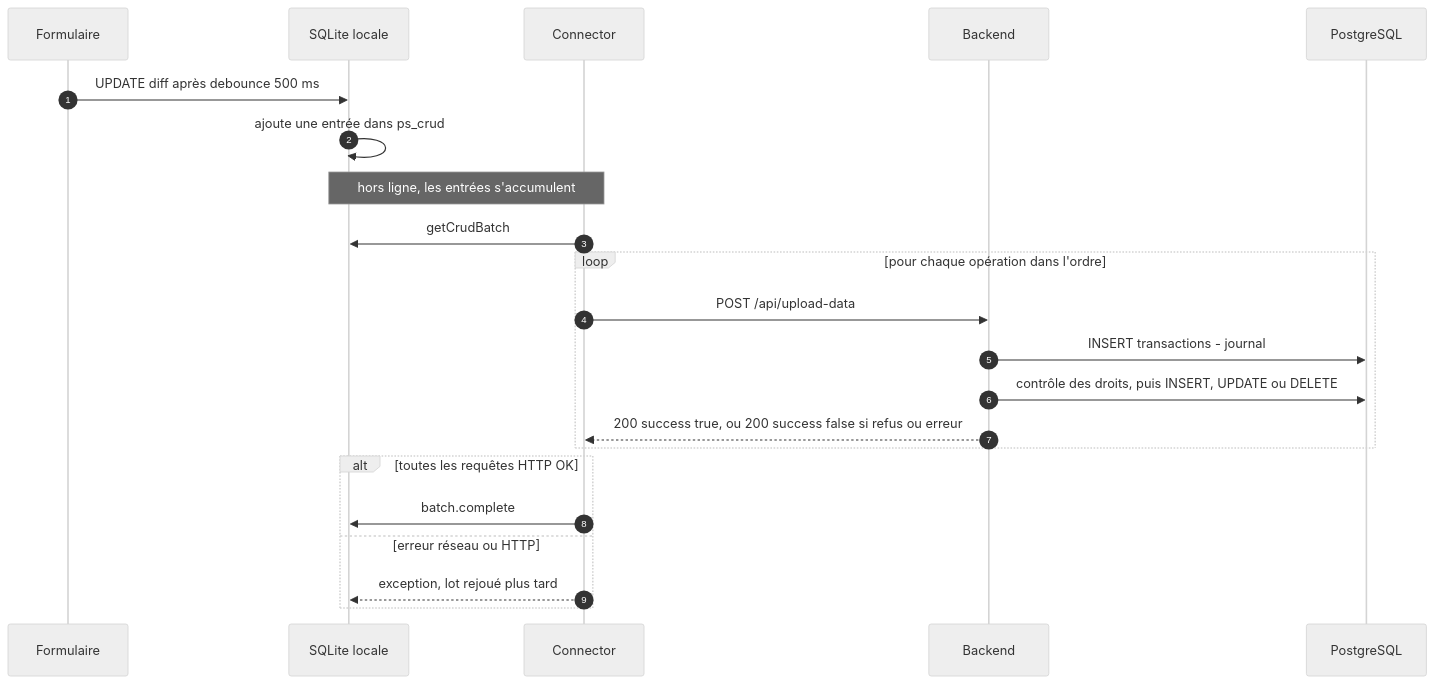
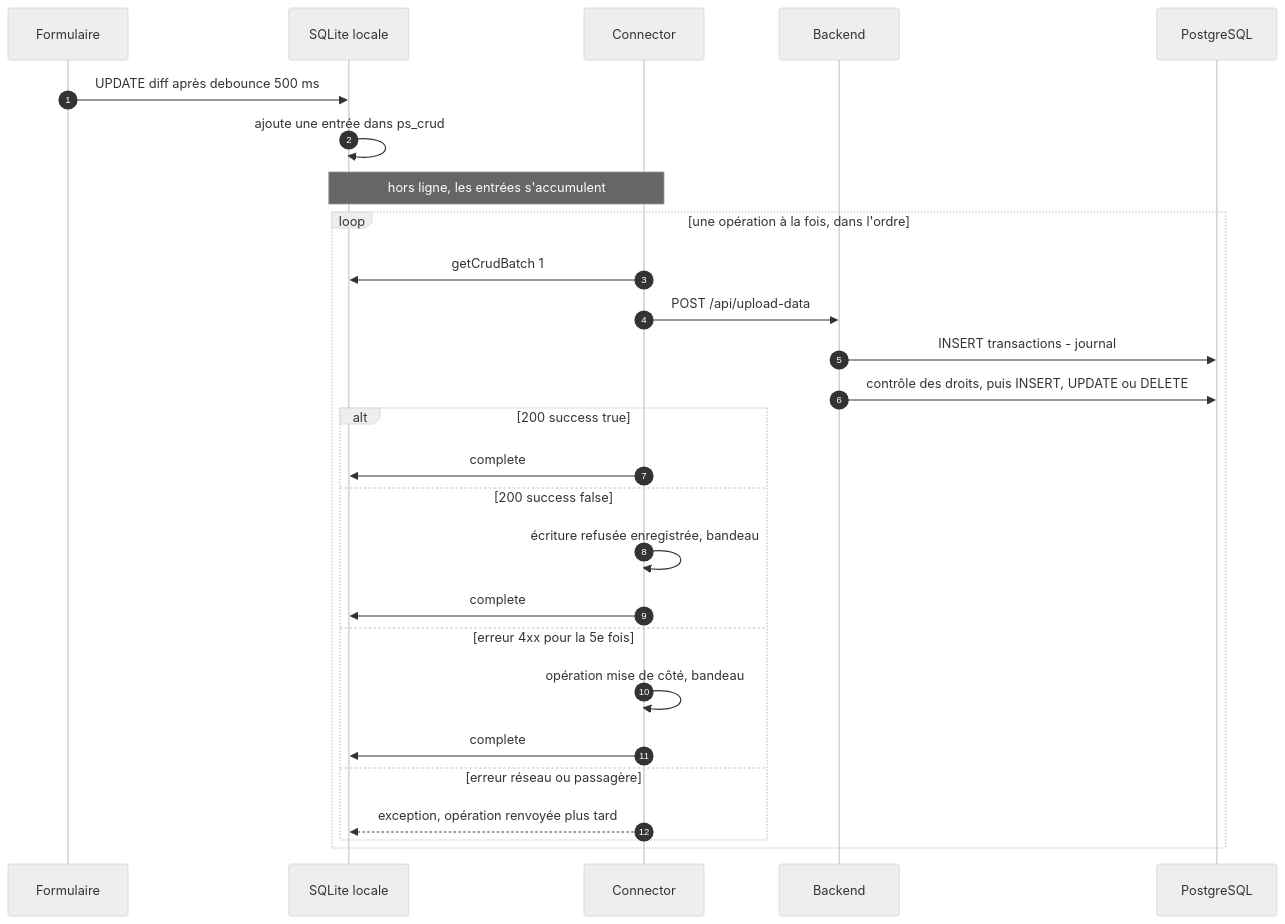
One commit to betagouv/patrinotes changed the fourth of 5 diagrams in docs/08-synchronisation-hors-ligne.md. Above: the diagram before and after it, drawn with Mermaid (neutral theme). The commit also changed other lines of this file and 18 other files, not shown here.

````diff
--- a/docs/08-synchronisation-hors-ligne.md
+++ b/docs/08-synchronisation-hors-ligne.md
@@ -525,25 +538,30 @@
 ```mermaid
 sequenceDiagram
     autonumber
     participant UI as Formulaire
     participant DB as SQLite locale
     participant C as Connector
     participant BE as Backend
     participant PG as PostgreSQL
 
     UI->>DB: UPDATE diff après debounce 500 ms
     DB->>DB: ajoute une entrée dans ps_crud
     Note over DB,C: hors ligne, les entrées s'accumulent
-    C->>DB: getCrudBatch
-    loop pour chaque opération dans l'ordre
+    loop une opération à la fois, dans l'ordre
+        C->>DB: getCrudBatch 1
         C->>BE: POST /api/upload-data
         BE->>PG: INSERT transactions - journal
         BE->>PG: contrôle des droits, puis INSERT, UPDATE ou DELETE
-        BE-->>C: 200 success true, ou 200 success false si refus ou erreur
-    end
-    alt toutes les requêtes HTTP OK
-        C->>DB: batch.complete
-    else erreur réseau ou HTTP
-        C-->>DB: exception, lot rejoué plus tard
+        alt 200 success true
+            C->>DB: complete
+        else 200 success false
+            C->>C: écriture refusée enregistrée, bandeau
+            C->>DB: complete
+        else erreur 4xx pour la 5e fois
+            C->>C: opération mise de côté, bandeau
+            C->>DB: complete
+        else erreur réseau ou passagère
+            C-->>DB: exception, opération renvoyée plus tard
+        end
     end
 ```
````
